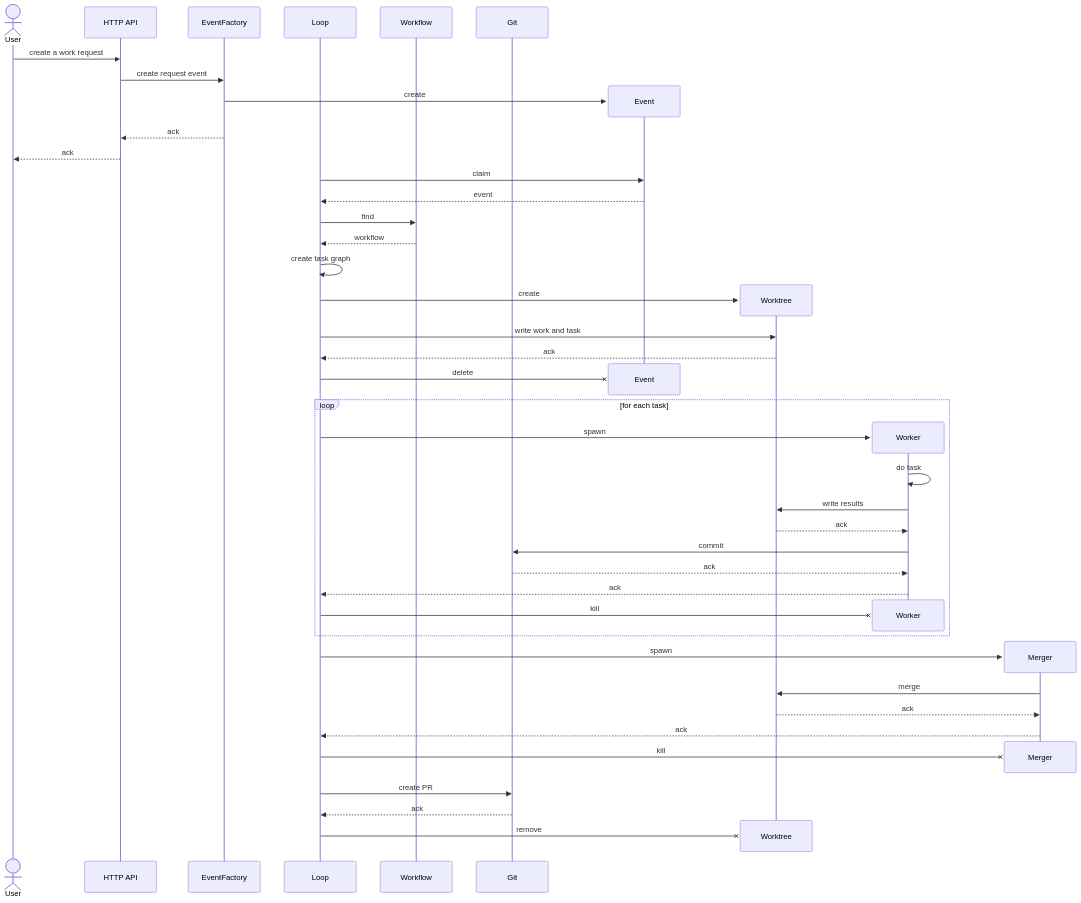
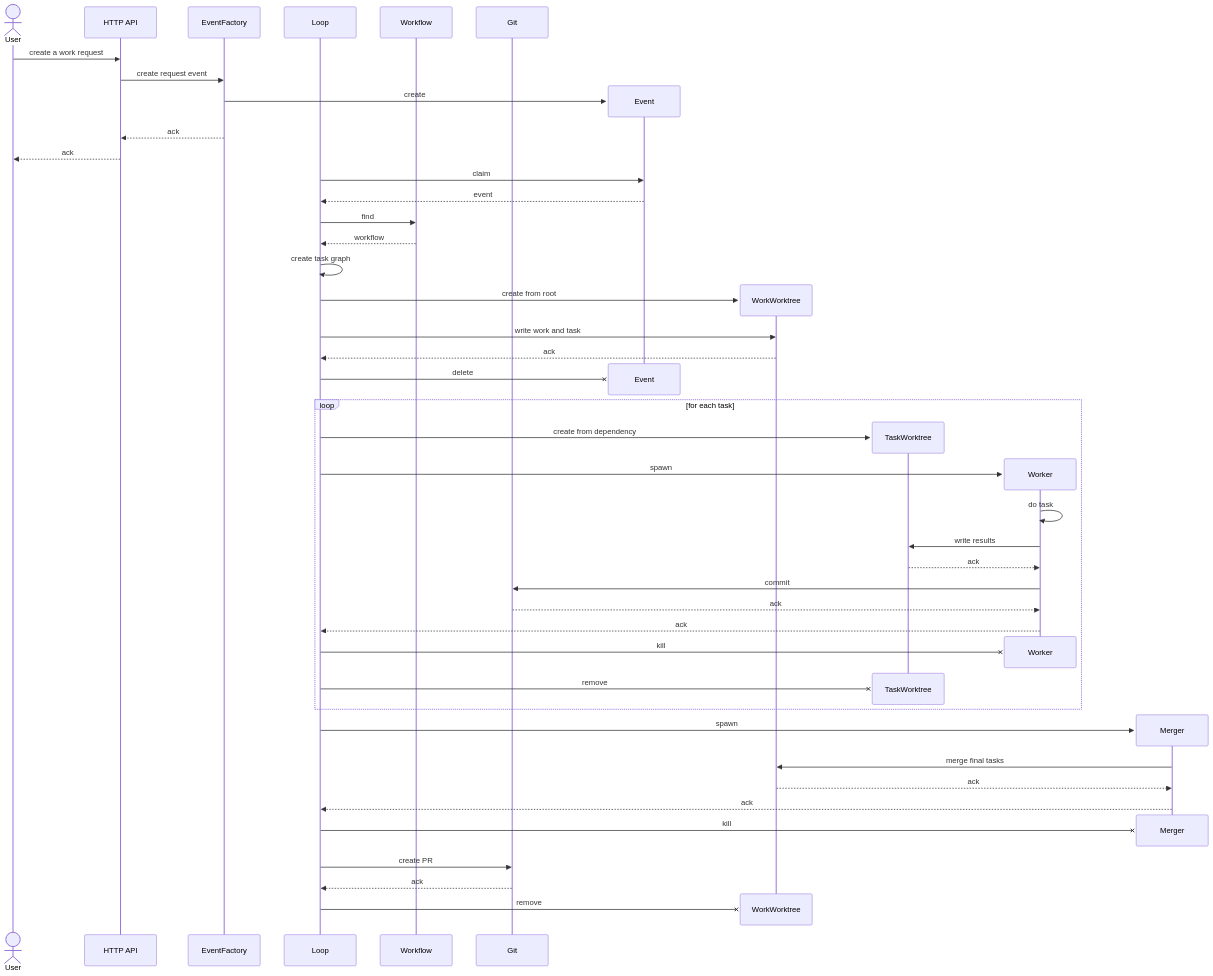
Before and after one commit to longlh/superteam: the second of 2 diagrams in docs/architecture.md, drawn with Mermaid. The commit also changed other lines of this file and 21 other files, not shown here.

````diff
--- a/docs/architecture.md
+++ b/docs/architecture.md
@@ -114,50 +115,54 @@
 ```mermaid
 sequenceDiagram
     actor User
     participant API as HTTP API
     participant Factory as EventFactory
     participant L as Loop
     participant Workflow
     participant Git
 
     User->>API: create a work request
     API->>Factory: create request event
     create participant Event
     Factory->>Event: create
     Factory-->>API: ack
     API-->>User: ack
     L->>Event: claim
     Event-->>L: event
     L->>Workflow: find
     Workflow-->>L: workflow
     L->>L: create task graph
-    create participant Worktree
-    L->>Worktree: create
-    L->>Worktree: write work and task
-    Worktree-->>L: ack
+    create participant WorkWorktree
+    L->>WorkWorktree: create from root
+    L->>WorkWorktree: write work and task
+    WorkWorktree-->>L: ack
     destroy Event
     L-xEvent: delete
     loop for each task
+        create participant TaskWorktree
+        L->>TaskWorktree: create from dependency
         create participant Worker
         L->>Worker: spawn
         Worker->>Worker: do task
-        Worker->>Worktree: write results
-        Worktree-->>Worker: ack
+        Worker->>TaskWorktree: write results
+        TaskWorktree-->>Worker: ack
         Worker->>Git: commit
         Git-->>Worker: ack
         Worker-->>L: ack
         destroy Worker
         L-xWorker: kill
+        destroy TaskWorktree
+        L-xTaskWorktree: remove
     end
     create participant Merger
     L->>Merger: spawn
-    Merger->>Worktree: merge
-    Worktree-->>Merger: ack
+    Merger->>WorkWorktree: merge final tasks
+    WorkWorktree-->>Merger: ack
     Merger-->>L: ack
     destroy Merger
     L-xMerger: kill
     L->>Git: create PR
     Git-->>L: ack
-    destroy Worktree
-    L-xWorktree: remove
+    destroy WorkWorktree
+    L-xWorkWorktree: remove
 ```
````
